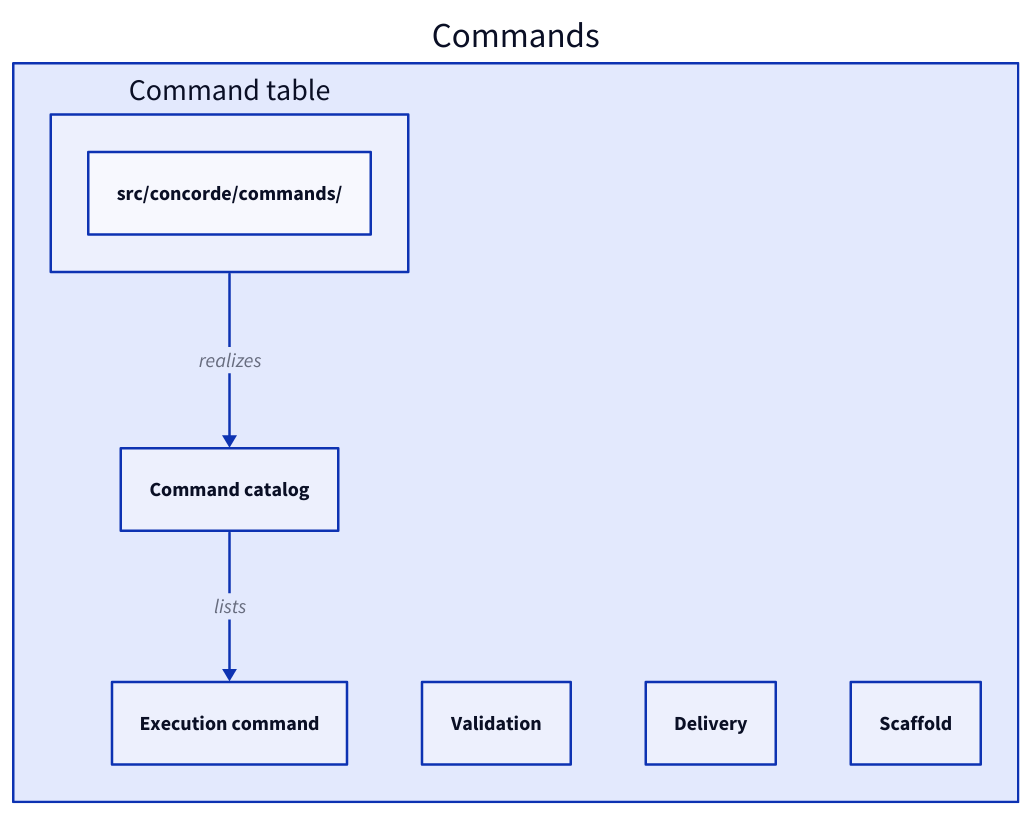
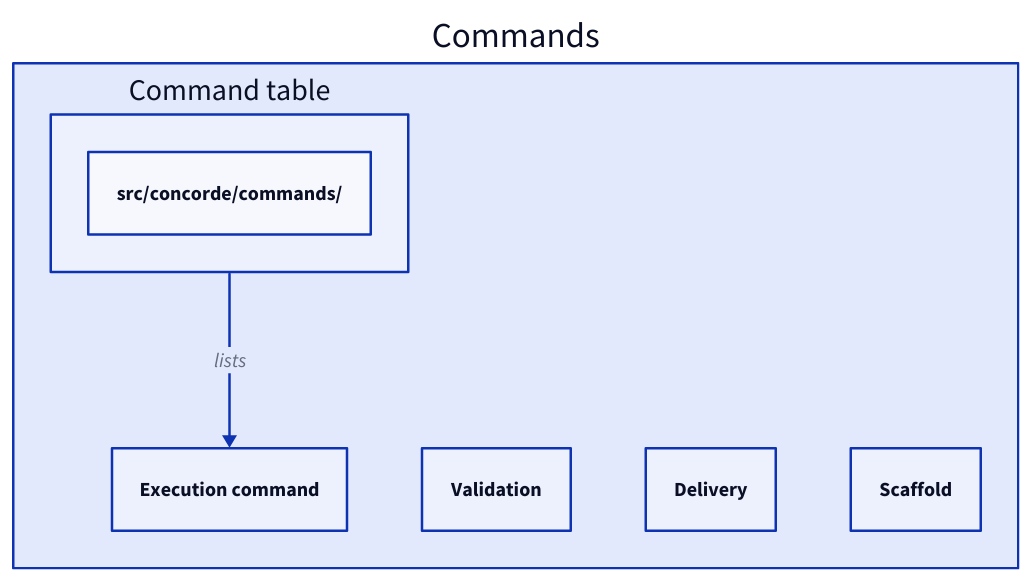
The diagram in specs/concorde/execution/commands/module.md (FTOD/concorde), drawn with D2 before and after one commit. The commit also changed other lines of this file and 66 other files, not shown here.

````diff
--- a/specs/concorde/execution/commands/module.md
+++ b/specs/concorde/execution/commands/module.md
@@ -84,14 +82,12 @@
 ```d2
 commands: Commands {
-  catalog: Command catalog
   command: Execution command
   table: Command table {
     "src/concorde/commands/"
   }
   validation: Validation
   delivery: Delivery
   scaffold: Scaffold
-  catalog -> command: lists
-  table -> catalog: realizes
+  table -> command: lists
 }
 ```
````
